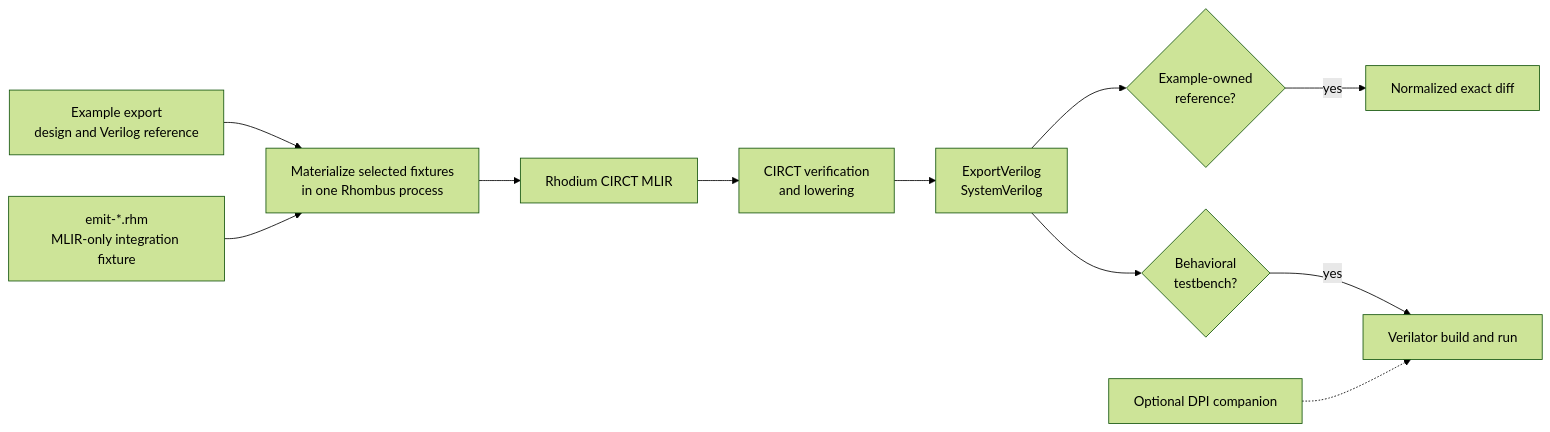
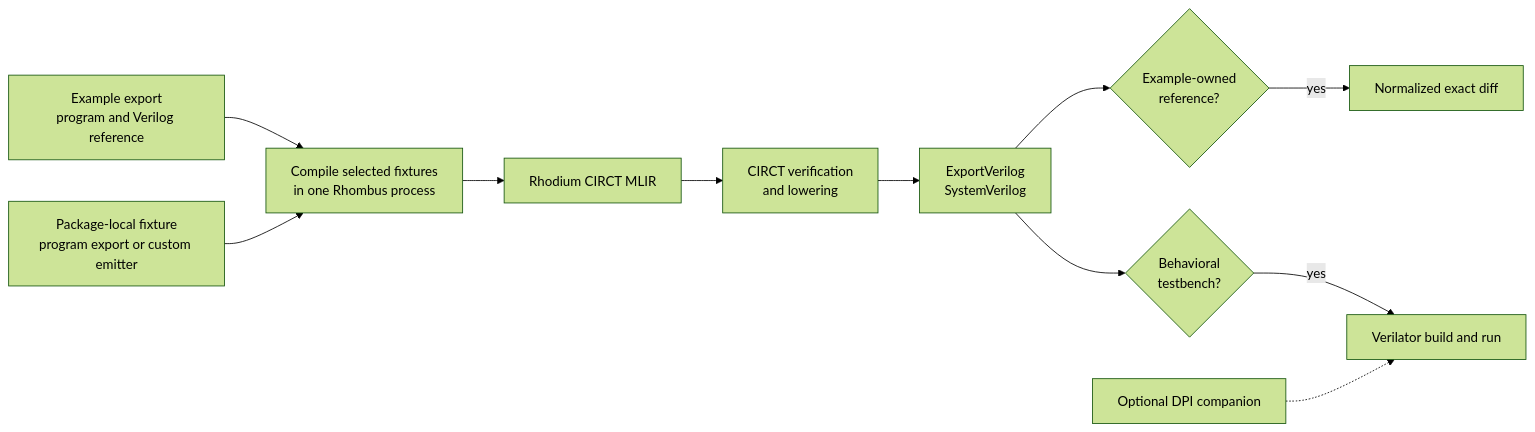
Before and after one commit to jerryz123/rhodium: the diagram in tools/testing/circt/README.md, drawn with Mermaid (forest theme). The commit also changed other lines of this file and 738 other files, not shown here.

````diff
--- a/tools/testing/circt/README.md
+++ b/tools/testing/circt/README.md
@@ -21,13 +21,13 @@
 ```mermaid
 flowchart LR
-    Example["Example export<br/>design and Verilog reference"] --> Materialize["Materialize selected fixtures<br/>in one Rhombus process"]
-    Direct["emit-*.rhm<br/>MLIR-only integration fixture"] --> Materialize
+    Example["Example export<br/>program and Verilog reference"] --> Materialize["Compile selected fixtures<br/>in one Rhombus process"]
+    Direct["Package-local fixture<br/>program export or custom emitter"] --> Materialize
     Materialize --> MLIR["Rhodium CIRCT MLIR"]
     MLIR --> CIRCT["CIRCT verification<br/>and lowering"]
     CIRCT --> SV["ExportVerilog<br/>SystemVerilog"]
     SV --> Golden{"Example-owned<br/>reference?"}
     Golden -->|yes| Diff["Normalized exact diff"]
     SV --> Bench{"Behavioral<br/>testbench?"}
     Bench -->|yes| Verilator["Verilator build and run"]
     DPI["Optional DPI companion"] -.-> Verilator
 ```
````
